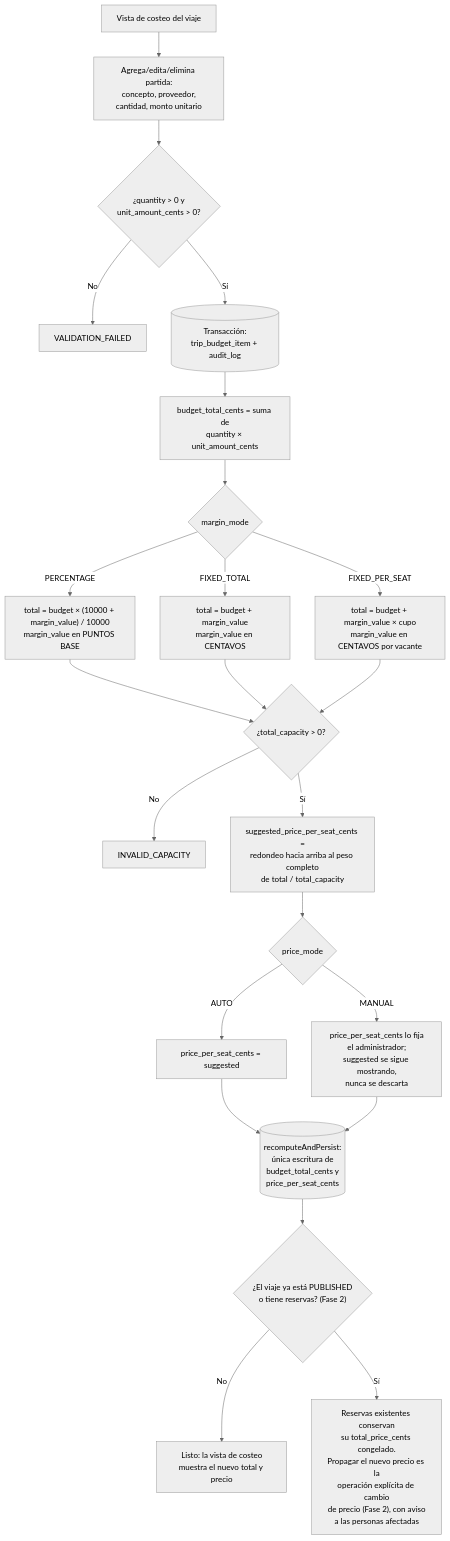
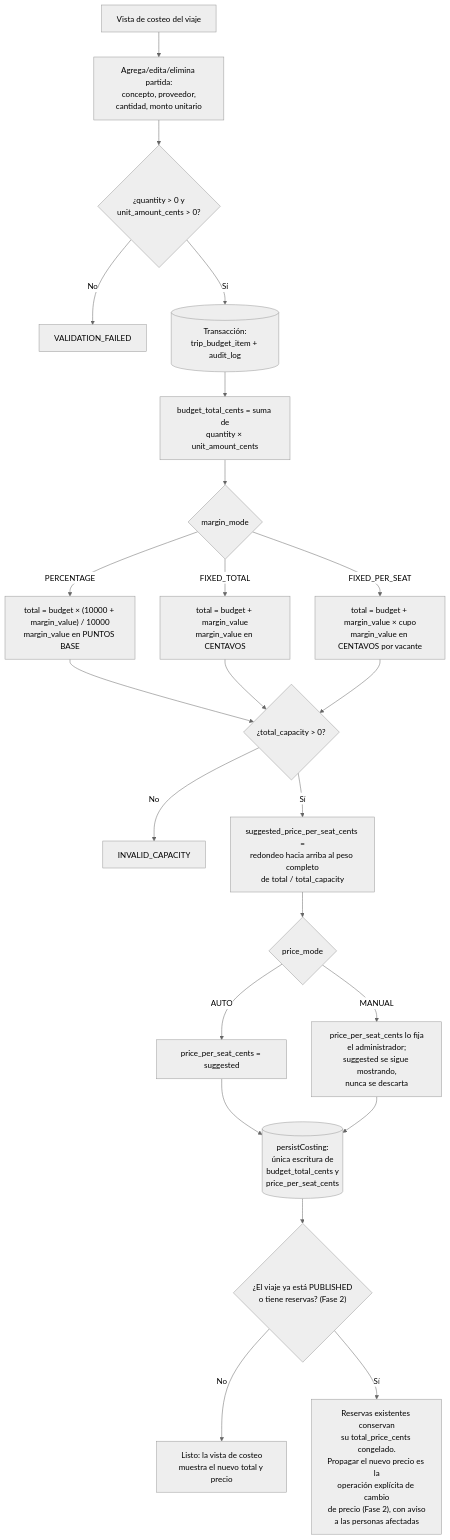
The diagram in docs/diagrams/trip-costing.md (erickgs2/ruta_mochilera), drawn with Mermaid (neutral theme) before and after one commit. The commit also changed other lines of this file and 5 other files, not shown here.

First line of the commit message:
fix(costing): reprice trip in updateTrip when totalCapacity changes

````diff
--- a/docs/diagrams/trip-costing.md
+++ b/docs/diagrams/trip-costing.md
@@ -3,25 +3,25 @@
 ```mermaid
 flowchart TD
     A[Vista de costeo del viaje] --> B["Agrega/edita/elimina partida:<br/>concepto, proveedor,<br/>cantidad, monto unitario"]
     B --> C{"¿quantity > 0 y<br/>unit_amount_cents > 0?"}
     C -- No --> D[VALIDATION_FAILED]
     C -- Sí --> E[(Transacción:<br/>trip_budget_item + audit_log)]
     E --> F["budget_total_cents = suma de<br/>quantity × unit_amount_cents"]
     F --> G{margin_mode}
     G -- PERCENTAGE --> H["total = budget × (10000 + margin_value) / 10000<br/>margin_value en PUNTOS BASE"]
     G -- FIXED_TOTAL --> I["total = budget + margin_value<br/>margin_value en CENTAVOS"]
     G -- FIXED_PER_SEAT --> J["total = budget + margin_value × cupo<br/>margin_value en CENTAVOS por vacante"]
     H --> K{"¿total_capacity > 0?"}
     I --> K
     J --> K
     K -- No --> K1[INVALID_CAPACITY]
     K -- Sí --> L["suggested_price_per_seat_cents =<br/>redondeo hacia arriba al peso completo<br/>de total / total_capacity"]
     L --> M{price_mode}
     M -- AUTO --> N[price_per_seat_cents = suggested]
     M -- MANUAL --> O["price_per_seat_cents lo fija<br/>el administrador;<br/>suggested se sigue mostrando,<br/>nunca se descarta"]
-    N --> P[(recomputeAndPersist:<br/>única escritura de<br/>budget_total_cents y<br/>price_per_seat_cents)]
+    N --> P[(persistCosting:<br/>única escritura de<br/>budget_total_cents y<br/>price_per_seat_cents)]
     O --> P
     P --> Q{"¿El viaje ya está PUBLISHED<br/>o tiene reservas? (Fase 2)"}
     Q -- No --> R[Listo: la vista de costeo<br/>muestra el nuevo total y precio]
     Q -- Sí --> S["Reservas existentes conservan<br/>su total_price_cents congelado.<br/>Propagar el nuevo precio es la<br/>operación explícita de cambio<br/>de precio (Fase 2), con aviso<br/>a las personas afectadas"]
 ```
````
